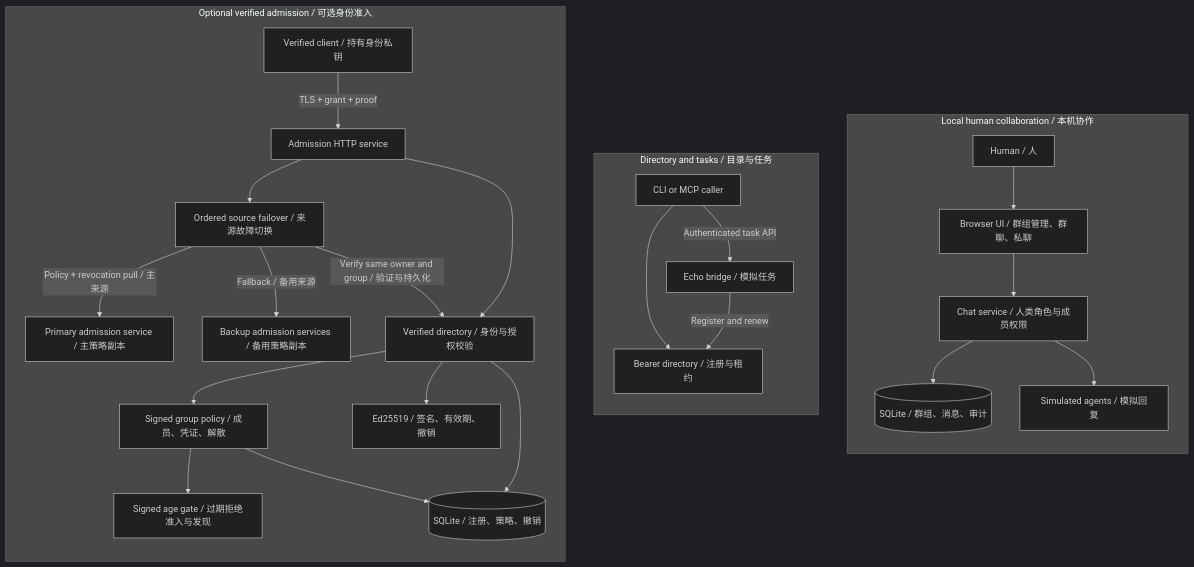
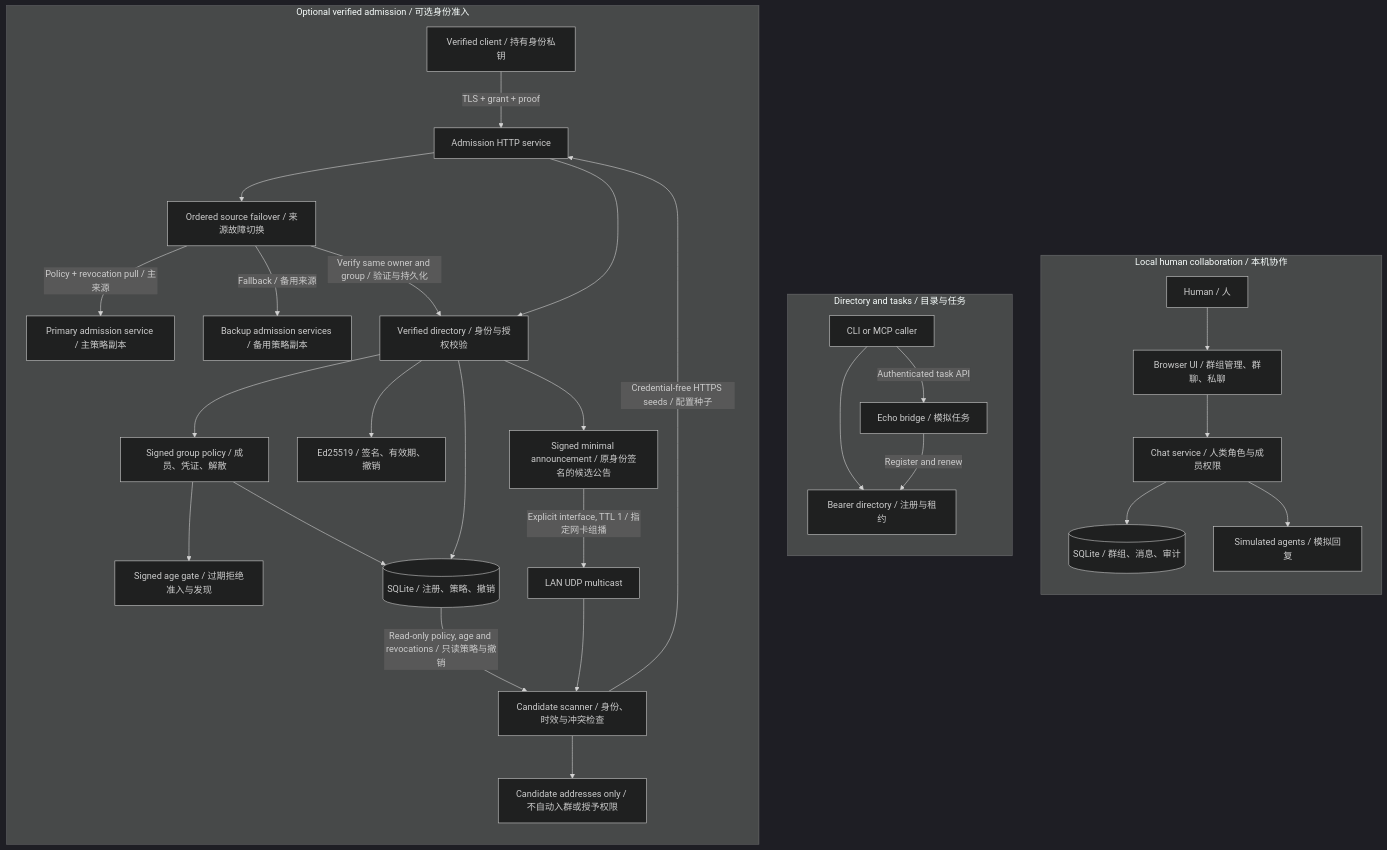
One commit to lgdu/tailnet-agents changed the first of 2 diagrams in README.md. Above: the diagram before and after it, drawn with Mermaid (dark theme). The commit also changed other lines of this file and 19 other files, not shown here.

First line of the commit message:
feat: add signed LAN and configured-seed candidate discovery (#2)

````diff
--- a/README.md
+++ b/README.md
@@ -36,30 +37,36 @@
 ```mermaid
 flowchart TB
   subgraph CHAT["Local human collaboration / 本机协作"]
     direction TB
     H["Human / 人"] --> UI["Browser UI / 群组管理、群聊、私聊"]
     UI --> CS["Chat service / 人类角色与成员权限"]
     CS --> DB[("SQLite / 群组、消息、审计")]
     CS --> SIM["Simulated agents / 模拟回复"]
   end
   subgraph TASK["Directory and tasks / 目录与任务"]
     direction TB
     CALL["CLI or MCP caller"] --> REG["Bearer directory / 注册与租约"]
     CALL -->|"Authenticated task API"| ECHO["Echo bridge / 模拟任务"]
     ECHO -->|"Register and renew"| REG
   end
   subgraph VERIFY["Optional verified admission / 可选身份准入"]
     direction TB
     VC["Verified client / 持有身份私钥"] -->|"TLS + grant + proof"| API["Admission HTTP service"]
     API --> SYNC["Ordered source failover / 来源故障切换"]
     SYNC -->|"Policy + revocation pull / 主来源"| PEER["Primary admission service / 主策略副本"]
     SYNC -->|"Fallback / 备用来源"| BACKUP["Backup admission services / 备用策略副本"]
     SYNC -->|"Verify same owner and group / 验证与持久化"| VD
     API --> VD["Verified directory / 身份与授权校验"]
     VD --> GP["Signed group policy / 成员、凭证、解散"]
     GP --> AGE["Signed age gate / 过期拒绝准入与发现"]
     VD --> ID["Ed25519 / 签名、有效期、撤销"]
     VD --> VDB[("SQLite / 注册、策略、撤销")]
     GP --> VDB
+    VD --> ANN["Signed minimal announcement / 原身份签名的候选公告"]
+    ANN -->|"Explicit interface, TTL 1 / 指定网卡组播"| LAN["LAN UDP multicast"]
+    LAN --> FIND["Candidate scanner / 身份、时效与冲突检查"]
+    VDB -->|"Read-only policy, age and revocations / 只读策略与撤销"| FIND
+    FIND -->|"Credential-free HTTPS seeds / 配置种子"| API
+    FIND --> CAND["Candidate addresses only / 不自动入群或授予权限"]
   end
 ```
````
